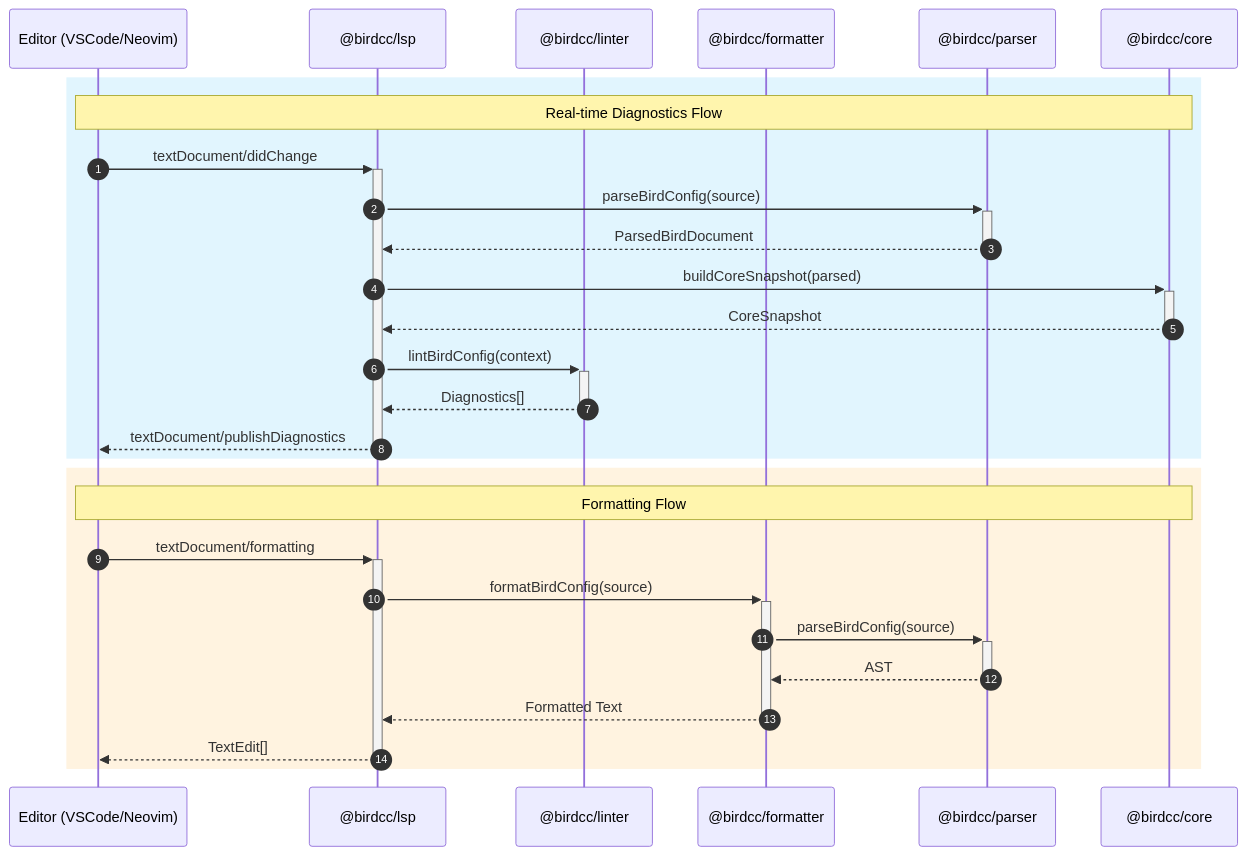
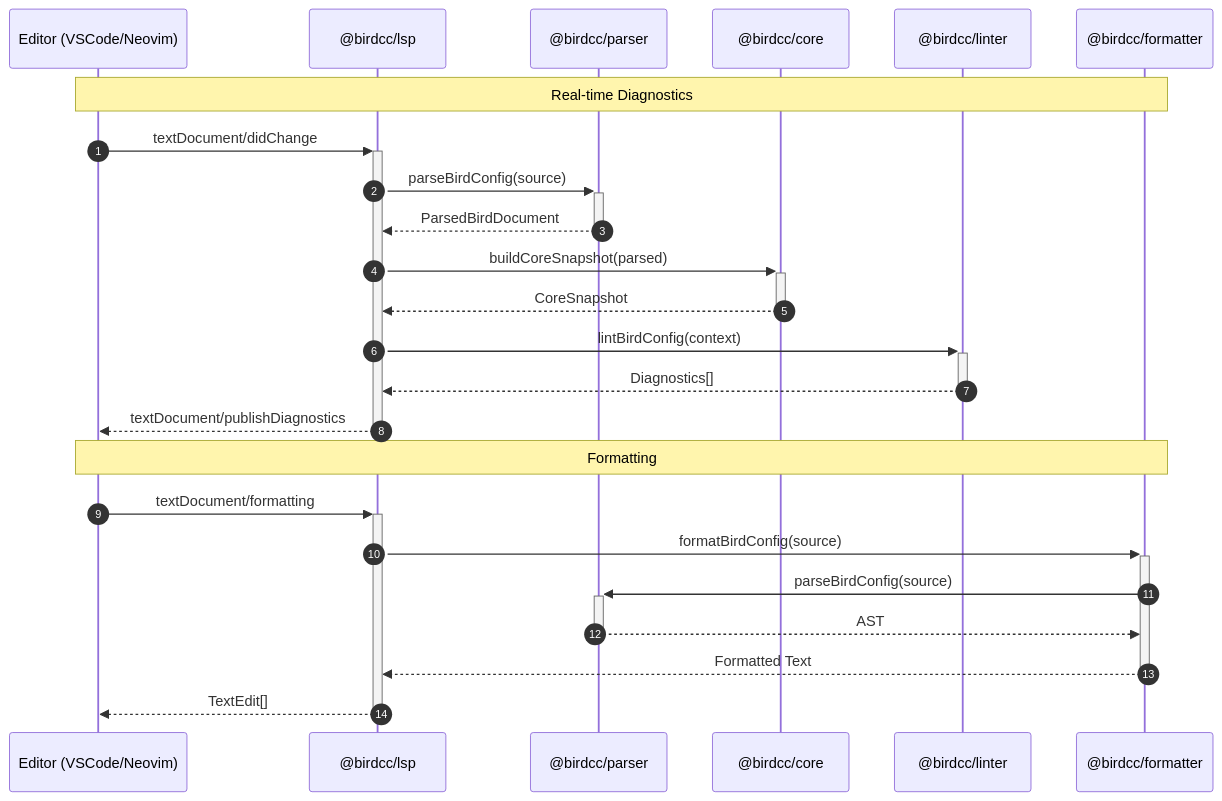
One commit to bird-chinese-community/BIRD-LSP changed the first of 2 diagrams in README.md. Above: the diagram before and after it, drawn with Mermaid. The commit also changed other lines of this file and 5 other files, not shown here.

Commit message:
docs(mermaid): Unify diagram palette and split by layer

````diff
--- a/README.md
+++ b/README.md
@@ -124,32 +124,28 @@
 ```mermaid
 sequenceDiagram
     autonumber
     participant Editor as Editor (VSCode/Neovim)
     participant LSP as @birdcc/lsp
+    participant Parser as @birdcc/parser
+    participant Core as @birdcc/core
     participant Linter as @birdcc/linter
     participant Formatter as @birdcc/formatter
-    participant Parser as @birdcc/parser
-    participant Core as @birdcc/core
 
-    rect rgb(225, 245, 254)
-        Note over Editor,Core: Real-time Diagnostics Flow
-        Editor->>+LSP: textDocument/didChange
-        LSP->>+Parser: parseBirdConfig(source)
-        Parser-->>-LSP: ParsedBirdDocument
-        LSP->>+Core: buildCoreSnapshot(parsed)
-        Core-->>-LSP: CoreSnapshot
-        LSP->>+Linter: lintBirdConfig(context)
-        Linter-->>-LSP: Diagnostics[]
-        LSP-->>-Editor: textDocument/publishDiagnostics
-    end
+    Note over Editor,Formatter: Real-time Diagnostics
+    Editor->>+LSP: textDocument/didChange
+    LSP->>+Parser: parseBirdConfig(source)
+    Parser-->>-LSP: ParsedBirdDocument
+    LSP->>+Core: buildCoreSnapshot(parsed)
+    Core-->>-LSP: CoreSnapshot
+    LSP->>+Linter: lintBirdConfig(context)
+    Linter-->>-LSP: Diagnostics[]
+    LSP-->>-Editor: textDocument/publishDiagnostics
 
-    rect rgb(255, 243, 224)
-        Note over Editor,Core: Formatting Flow
-        Editor->>+LSP: textDocument/formatting
-        LSP->>+Formatter: formatBirdConfig(source)
-        Formatter->>+Parser: parseBirdConfig(source)
-        Parser-->>-Formatter: AST
-        Formatter-->>-LSP: Formatted Text
-        LSP-->>-Editor: TextEdit[]
-    end
+    Note over Editor,Formatter: Formatting
+    Editor->>+LSP: textDocument/formatting
+    LSP->>+Formatter: formatBirdConfig(source)
+    Formatter->>+Parser: parseBirdConfig(source)
+    Parser-->>-Formatter: AST
+    Formatter-->>-LSP: Formatted Text
+    LSP-->>-Editor: TextEdit[]
 ```
````
